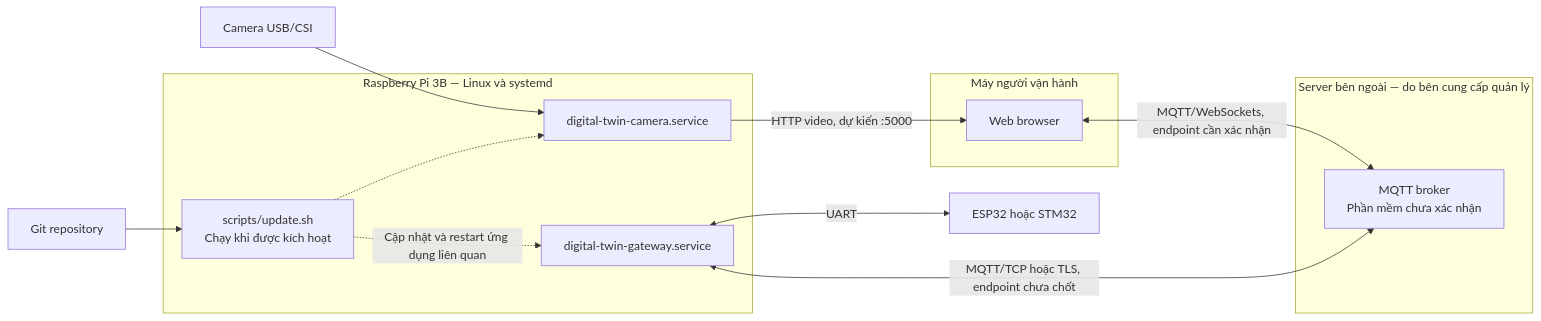
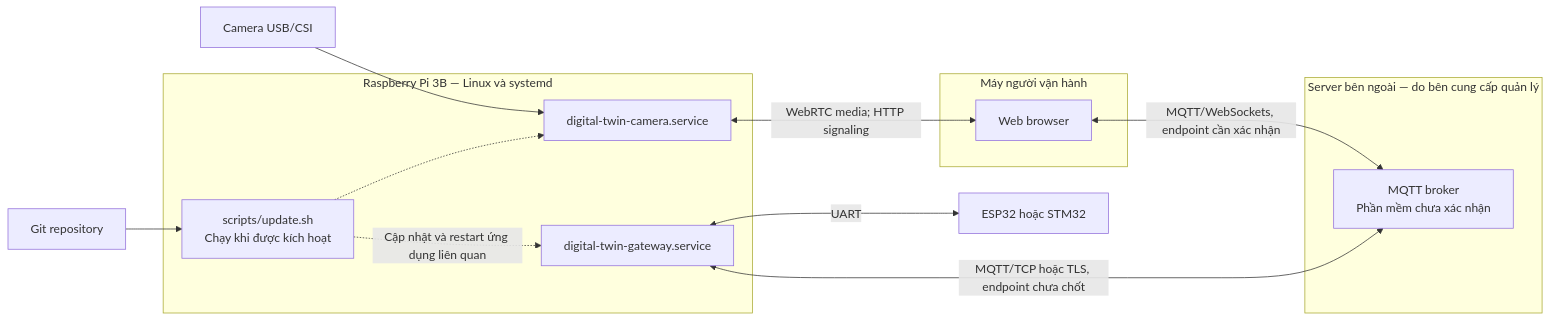
The diagram in docs/deployment.md (dugati201-glitch/digital_twin), drawn with Mermaid before and after one commit. The commit also changed other lines of this file and 18 other files, not shown here.

Commit message:
Replace camera MJPEG stream with WebRTC

````diff
--- a/docs/deployment.md
+++ b/docs/deployment.md
@@ -5,26 +5,26 @@
 ```mermaid
 flowchart LR
     subgraph client["Máy người vận hành"]
         browser["Web browser"]
     end
     subgraph pi["Raspberry Pi 3B — Linux và systemd"]
         gateway["digital-twin-gateway.service"]
         camera["digital-twin-camera.service"]
         update["scripts/update.sh
 Chạy khi được kích hoạt"]
     end
     subgraph server["Server bên ngoài — do bên cung cấp quản lý"]
         broker["MQTT broker<br/>Phần mềm chưa xác nhận"]
     end
     mcu["ESP32 hoặc STM32"]
     cam["Camera USB/CSI"]
     git["Git repository"]
     browser <-->|"MQTT/WebSockets, endpoint cần xác nhận"| broker
-    camera -->|"HTTP video, dự kiến :5000"| browser
+    camera <-->|"WebRTC media; HTTP signaling"| browser
     gateway <-->|"MQTT/TCP hoặc TLS, endpoint chưa chốt"| broker
     gateway <-->|"UART"| mcu
     cam --> camera
     git --> update
     update -.->|"Cập nhật và restart ứng dụng liên quan"| gateway
     update -.-> camera
 ```
````
